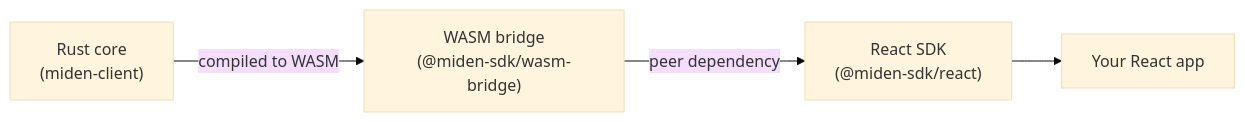
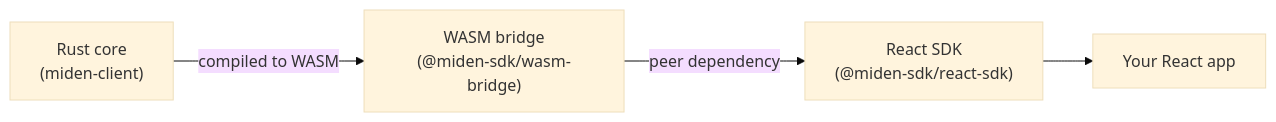
The first of 5 diagrams in docs/external/src/react-client/design.md (0xMiden/miden-client), drawn with Mermaid (base theme) before and after one commit. The commit also changed other lines of this file and 34 other files, not shown here.

````diff
--- a/docs/external/src/react-client/design.md
+++ b/docs/external/src/react-client/design.md
@@ -14,6 +14,6 @@
 ```mermaid
 flowchart LR
     A["Rust core<br/>(miden-client)"] -->|"compiled to WASM"| B["WASM bridge<br/>(@miden-sdk/wasm-bridge)"]
-    B -->|"peer dependency"| C["React SDK<br/>(@miden-sdk/react)"]
+    B -->|"peer dependency"| C["React SDK<br/>(@miden-sdk/react-sdk)"]
     C --> D["Your React app"]
 ```
````
